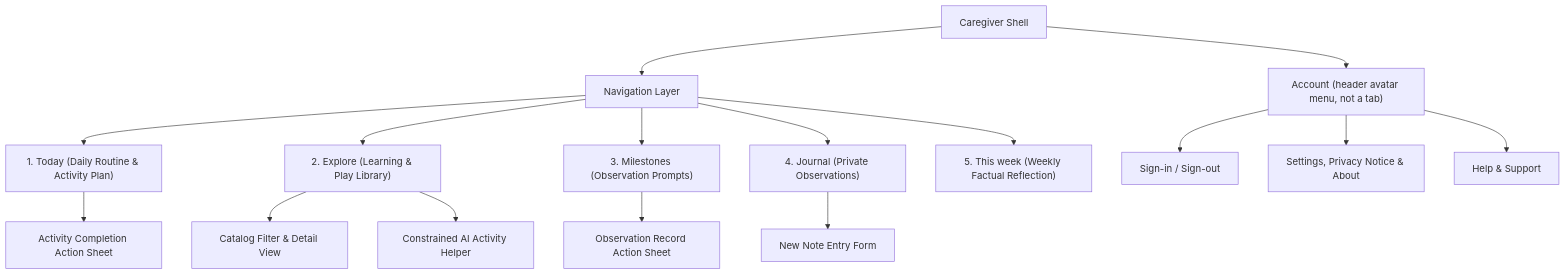
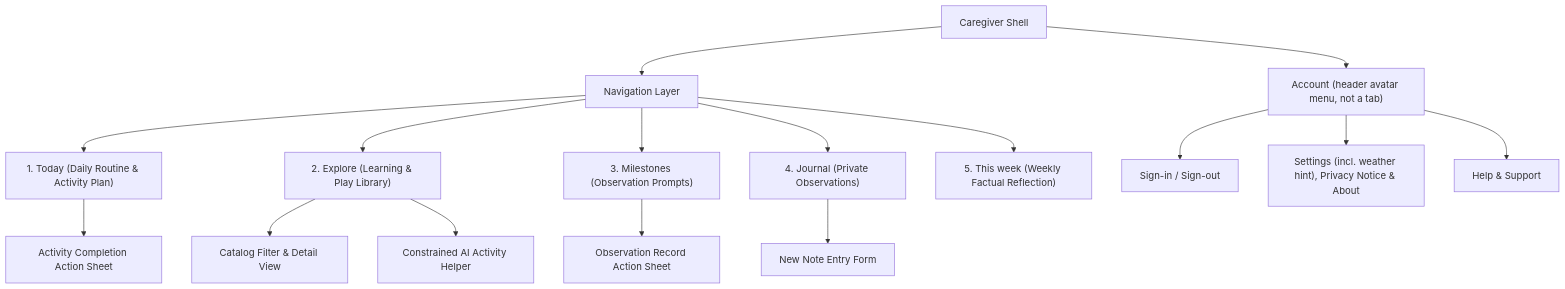
The third of 3 diagrams in docs/ui-ux-design-specification.md (Thesis-Titans/littlesteps-docs), drawn with Mermaid before and after one commit. The commit also changed other lines of this file and 10 other files, not shown here.

````diff
--- a/docs/ui-ux-design-specification.md
+++ b/docs/ui-ux-design-specification.md
@@ -150,19 +150,19 @@
 ```mermaid
 graph TD
     Root["Caregiver Shell"] --> Nav["Navigation Layer"]
     Nav --> D1["1. Today (Daily Routine & Activity Plan)"]
     Nav --> D2["2. Explore (Learning & Play Library)"]
     Nav --> D3["3. Milestones (Observation Prompts)"]
     Nav --> D4["4. Journal (Private Observations)"]
     Nav --> D5["5. This week (Weekly Factual Reflection)"]
     
     D1 --> Mod1["Activity Completion Action Sheet"]
     D2 --> Mod2["Catalog Filter & Detail View"]
     D2 --> Mod3["Constrained AI Activity Helper"]
     D3 --> Mod4["Observation Record Action Sheet"]
     D4 --> Mod5["New Note Entry Form"]
     Root --> Acct["Account (header avatar menu, not a tab)"]
     Acct --> A1["Sign-in / Sign-out"]
-    Acct --> A2["Settings, Privacy Notice & About"]
+    Acct --> A2["Settings (incl. weather hint), Privacy Notice & About"]
     Acct --> A3["Help & Support"]
 ```
````
